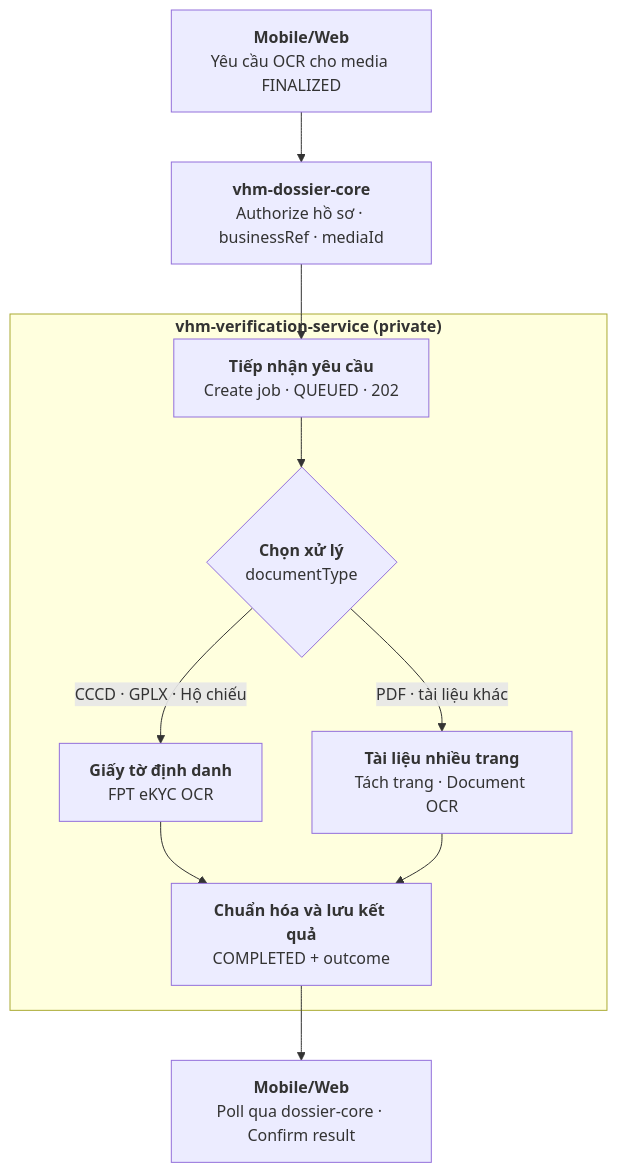
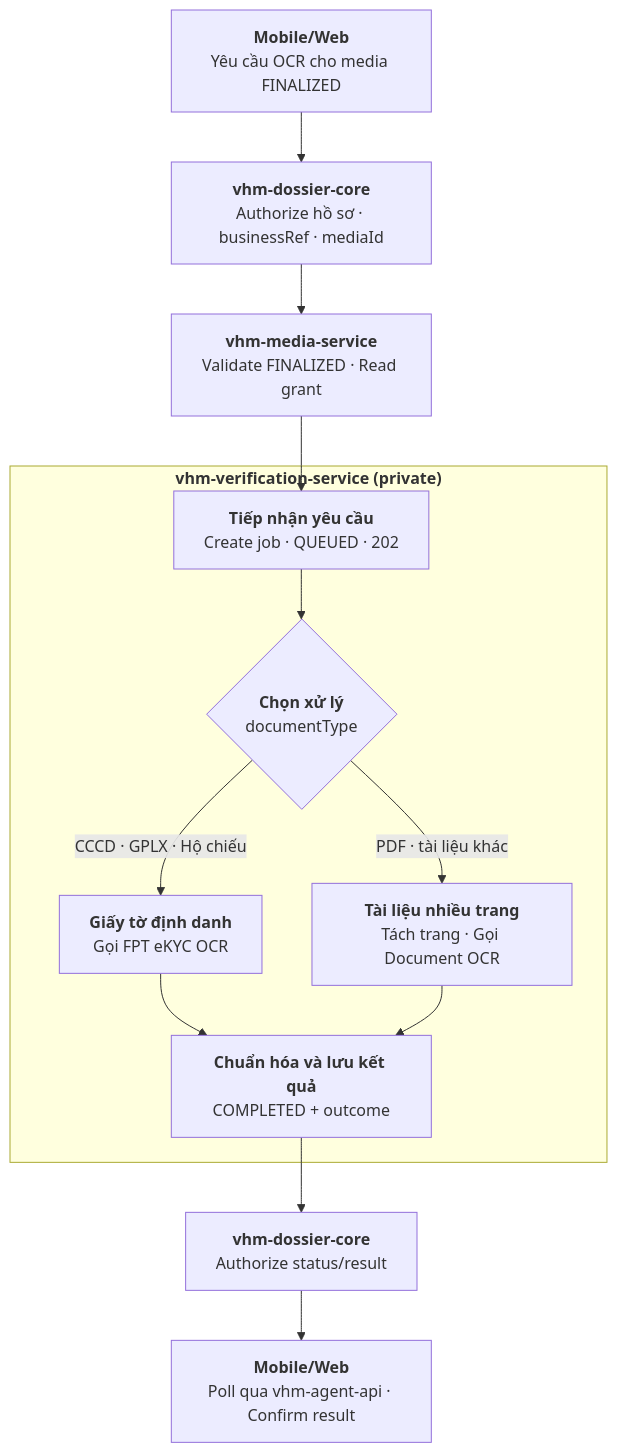
Before and after one commit to huynv-xyz/vhm: the fourth of 8 diagrams in noxh.md, drawn with Mermaid. The commit also changed other lines of this file, not shown here.

````diff
--- a/noxh.md
+++ b/noxh.md
@@ -211,30 +222,34 @@
 ```mermaid
 flowchart TD
     REQUEST["`**Mobile/Web**
 Yêu cầu OCR cho media FINALIZED`"]
     AUTHORIZE["`**vhm-dossier-core**
 Authorize hồ sơ · businessRef · mediaId`"]
+    MEDIA["`**vhm-media-service**
+Validate FINALIZED · Read grant`"]
     subgraph VERIFY["`**vhm-verification-service (private)**`"]
         ACCEPT["`**Tiếp nhận yêu cầu**
 Create job · QUEUED · 202`"]
         TYPE{"`**Chọn xử lý**
 documentType`"}
         IDENTITY["`**Giấy tờ định danh**
-FPT eKYC OCR`"]
+Gọi FPT eKYC OCR`"]
         DOCUMENT["`**Tài liệu nhiều trang**
-Tách trang · Document OCR`"]
+Tách trang · Gọi Document OCR`"]
         RESULT["`**Chuẩn hóa và lưu kết quả**
 COMPLETED + outcome`"]
 
         ACCEPT --> TYPE
         TYPE -->|CCCD · GPLX · Hộ chiếu| IDENTITY
         TYPE -->|PDF · tài liệu khác| DOCUMENT
         IDENTITY --> RESULT
         DOCUMENT --> RESULT
     end
+    QUERY["`**vhm-dossier-core**
+Authorize status/result`"]
     CLIENT["`**Mobile/Web**
-Poll qua dossier-core · Confirm result`"]
+Poll qua vhm-agent-api · Confirm result`"]
 
-    REQUEST --> AUTHORIZE --> ACCEPT
-    RESULT --> CLIENT
+    REQUEST --> AUTHORIZE --> MEDIA --> ACCEPT
+    RESULT --> QUERY --> CLIENT
 ```
````
